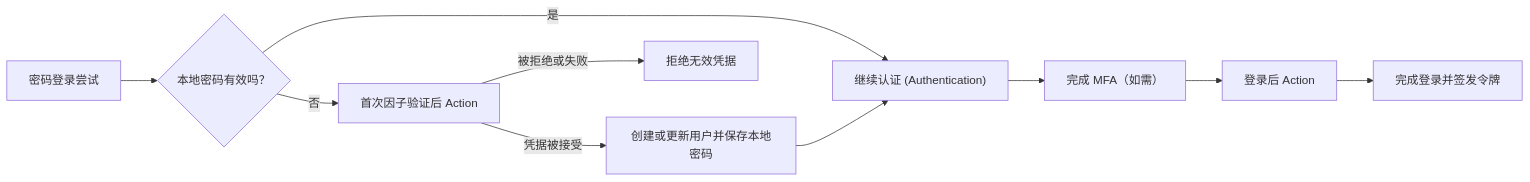
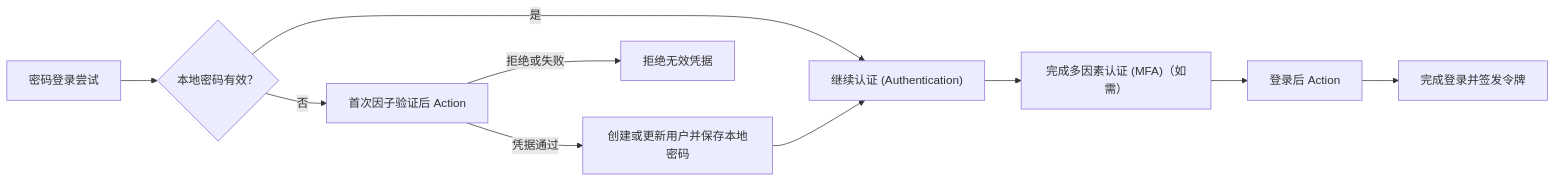
One commit to logto-io/docs changed the diagram in i18n/zh-CN/docusaurus-plugin-content-docs/current/developers/actions/README.mdx. Above: the diagram before and after it, drawn with Mermaid. The commit also changed other lines of this file and 17 other files, not shown here.

````diff
--- a/i18n/zh-CN/docusaurus-plugin-content-docs/current/developers/actions/README.mdx
+++ b/i18n/zh-CN/docusaurus-plugin-content-docs/current/developers/actions/README.mdx
@@ -29,12 +29,12 @@
 ```mermaid
 flowchart LR
-  A["密码登录尝试"] --> B{"本地密码有效吗？"}
+  A["密码登录尝试"] --> B{"本地密码有效？"}
   B -->|"是"| E["继续认证 (Authentication)"]
   B -->|"否"| C["首次因子验证后 Action"]
-  C -->|"凭据被接受"| D["创建或更新用户并保存本地密码"]
-  C -->|"被拒绝或失败"| X["拒绝无效凭据"]
+  C -->|"凭据通过"| D["创建或更新用户并保存本地密码"]
+  C -->|"拒绝或失败"| X["拒绝无效凭据"]
   D --> E
-  E --> F["完成 MFA（如需）"]
+  E --> F["完成多因素认证 (MFA)（如需）"]
   F --> G["登录后 Action"]
   G --> H["完成登录并签发令牌"]
 ```
````
